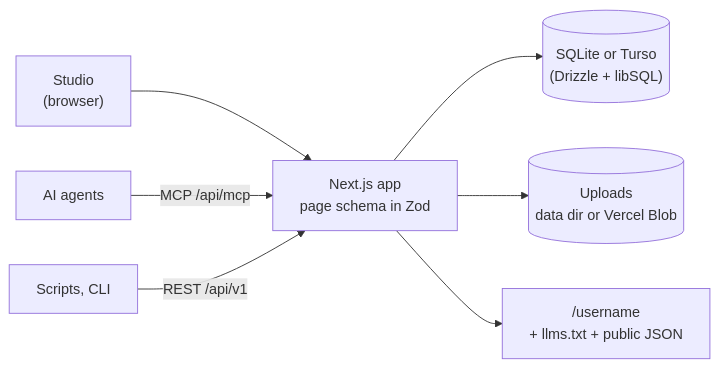
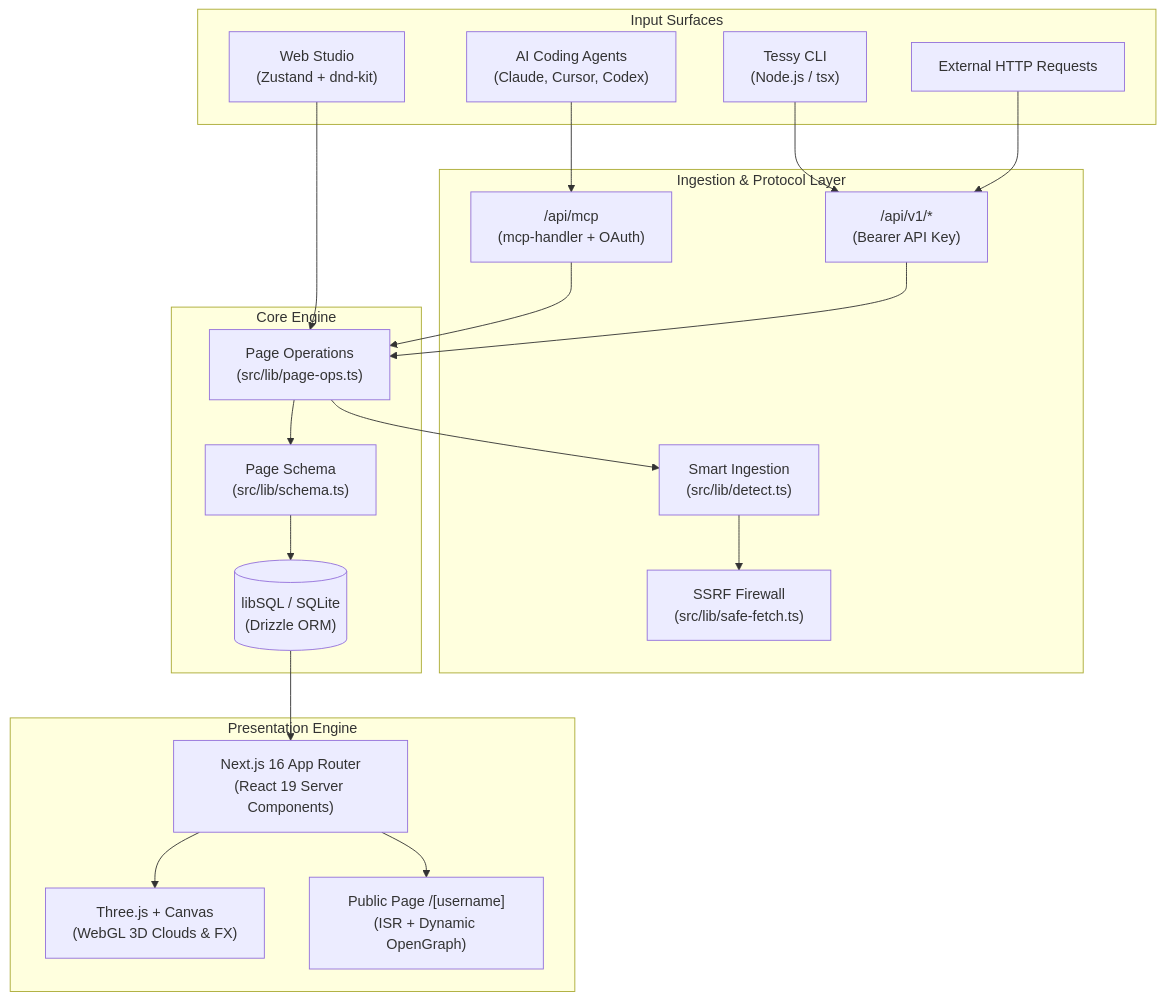
The diagram in README.md (CodewithEvilxd/tessy), drawn with Mermaid before and after one commit. The commit also changed other lines of this file, not shown here.

Commit message:
docs: rewrite README from scratch with developer-first Three.js/Anime.js aesthetic

````diff
--- a/README.md
+++ b/README.md
@@ -279,9 +172,37 @@
 ```mermaid
-flowchart LR
-  studio["Studio<br/>(browser)"] --> app
-  agent["AI agents"] -- "MCP /api/mcp" --> app
-  scripts["Scripts, CLI"] -- "REST /api/v1" --> app
-  app["Next.js app<br/>page schema in Zod"] --> db[("SQLite or Turso<br/>(Drizzle + libSQL)")]
-  app --> files[("Uploads<br/>data dir or Vercel Blob")]
-  app --> page["/username<br/>+ llms.txt + public JSON"]
+flowchart TD
+  subgraph Clients["Input Surfaces"]
+    UI["Web Studio<br/>(Zustand + dnd-kit)"]
+    Agents["AI Coding Agents<br/>(Claude, Cursor, Codex)"]
+    CLI["Tessy CLI<br/>(Node.js / tsx)"]
+    APIClient["External HTTP Requests"]
+  end
+
+  subgraph Ingestion["Ingestion & Protocol Layer"]
+    MCP["/api/mcp<br/>(mcp-handler + OAuth)"]
+    REST["/api/v1/*<br/>(Bearer API Key)"]
+    Detect["Smart Ingestion<br/>(src/lib/detect.ts)"]
+    SafeFetch["SSRF Firewall<br/>(src/lib/safe-fetch.ts)"]
+  end
+
+  subgraph Core["Core Engine"]
+    Zod["Page Schema<br/>(src/lib/schema.ts)"]
+    Ops["Page Operations<br/>(src/lib/page-ops.ts)"]
+    DB[("libSQL / SQLite<br/>(Drizzle ORM)")]
+  end
+
+  subgraph Presentation["Presentation Engine"]
+    Next["Next.js 16 App Router<br/>(React 19 Server Components)"]
+    WebGL["Three.js + Canvas<br/>(WebGL 3D Clouds & FX)"]
+    PublicPage["Public Page /[username]<br/>(ISR + Dynamic OpenGraph)"]
+  end
+
+  UI --> Ops
+  Agents --> MCP --> Ops
+  CLI --> REST --> Ops
+  APIClient --> REST
+  Ops --> Zod --> DB
+  Ops --> Detect --> SafeFetch
+  DB --> Next --> PublicPage
+  Next --> WebGL
 ```
````
